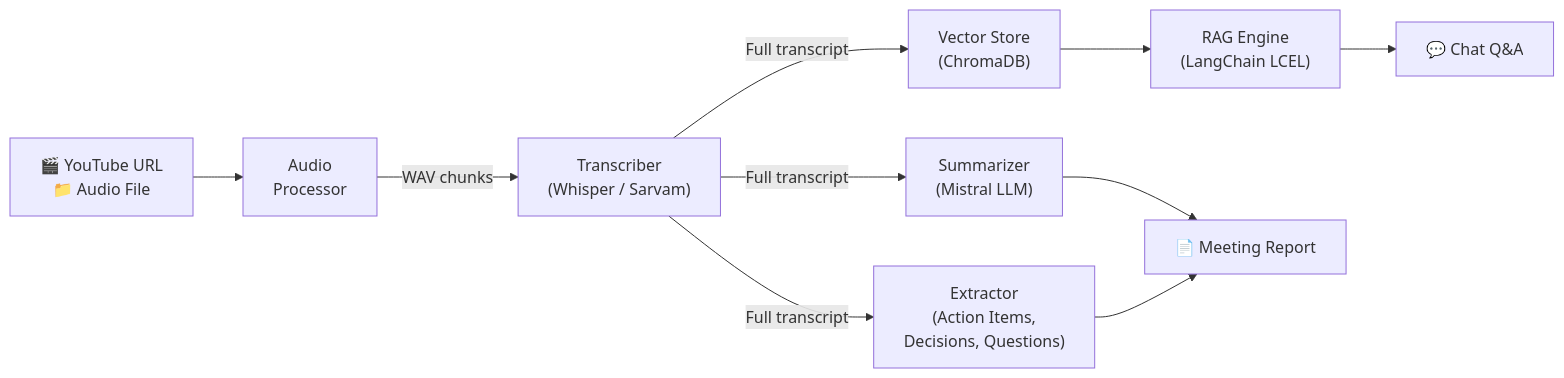
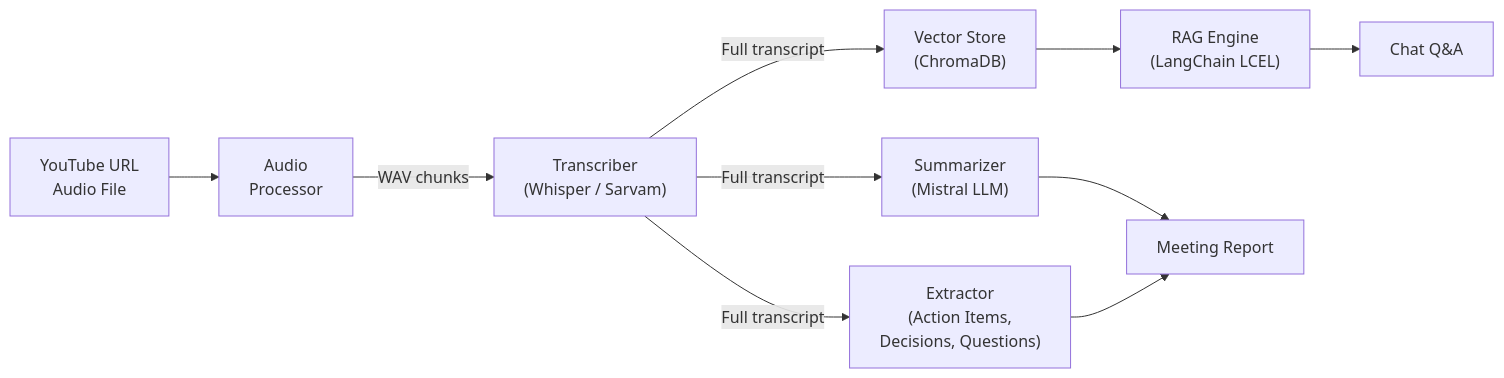
The diagram in README.md (MaddipatlaChetan24/ai-meeting-agents), drawn with Mermaid before and after one commit. The commit also changed other lines of this file, not shown here.

Commit message:
Refine README formatting and feature descriptions
Updated formatting and wording in the README file for clarity and consistency.

````diff
--- a/README.md
+++ b/README.md
@@ -35,12 +35,12 @@
 ```mermaid
 flowchart LR
-    A["🎬 YouTube URL\n📁 Audio File"] --> B["Audio\nProcessor"]
+    A[" YouTube URL\n Audio File"] --> B["Audio\nProcessor"]
     B -->|WAV chunks| C["Transcriber\n(Whisper / Sarvam)"]
     C -->|Full transcript| D["Summarizer\n(Mistral LLM)"]
     C -->|Full transcript| E["Extractor\n(Action Items,\nDecisions, Questions)"]
     C -->|Full transcript| F["Vector Store\n(ChromaDB)"]
     F --> G["RAG Engine\n(LangChain LCEL)"]
-    G --> H["💬 Chat Q&A"]
-    D --> I["📄 Meeting Report"]
+    G --> H[" Chat Q&A"]
+    D --> I[" Meeting Report"]
     E --> I
 ```
````
